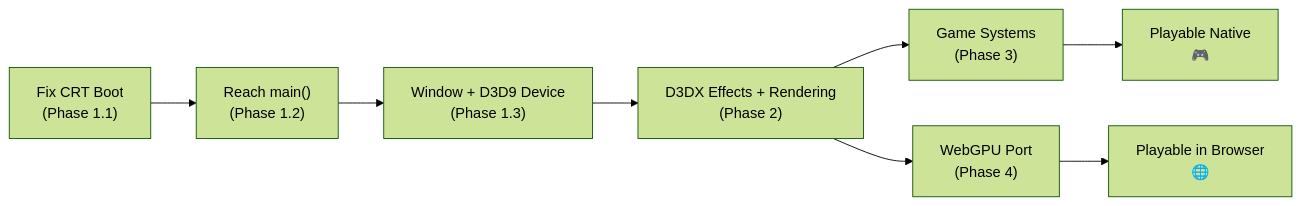
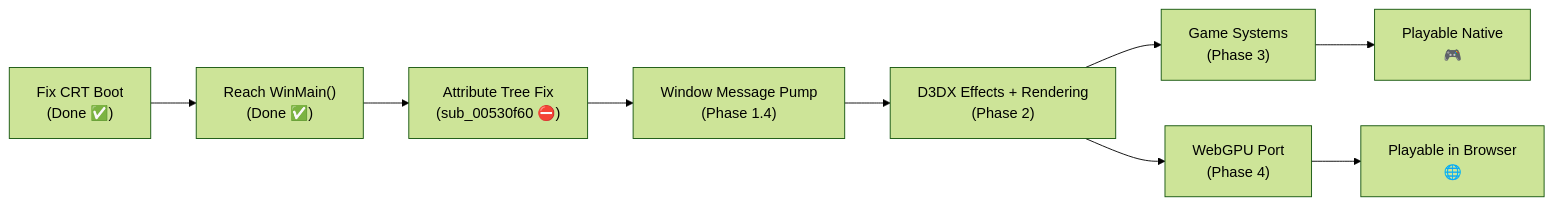
One commit to uvindusl/NFSProStreet_online changed the diagram in docs/ROADMAP.md. Above: the diagram before and after it, drawn with Mermaid (forest theme). The commit also changed other lines of this file and 3 other files, not shown here.

Commit message:
docs: update roadmap and milestones for WinMain & asset loading progress

````diff
--- a/docs/ROADMAP.md
+++ b/docs/ROADMAP.md
@@ -173,10 +172,11 @@
 ```mermaid
 flowchart LR
-    A["Fix CRT Boot\n(Phase 1.1)"] --> B["Reach main()\n(Phase 1.2)"]
-    B --> C["Window + D3D9 Device\n(Phase 1.3)"]
-    C --> D["D3DX Effects + Rendering\n(Phase 2)"]
-    D --> E["Game Systems\n(Phase 3)"]
-    D --> F["WebGPU Port\n(Phase 4)"]
-    E --> G["Playable Native\n🎮"]
-    F --> H["Playable in Browser\n🌐"]
+    A["Fix CRT Boot\n(Done ✅)"] --> B["Reach WinMain()\n(Done ✅)"]
+    B --> C["Attribute Tree Fix\n(sub_00530f60 ⛔)"]
+    C --> D["Window Message Pump\n(Phase 1.4)"]
+    D --> E["D3DX Effects + Rendering\n(Phase 2)"]
+    E --> F["Game Systems\n(Phase 3)"]
+    E --> G["WebGPU Port\n(Phase 4)"]
+    F --> H["Playable Native\n🎮"]
+    G --> I["Playable in Browser\n🌐"]
 ```
````
